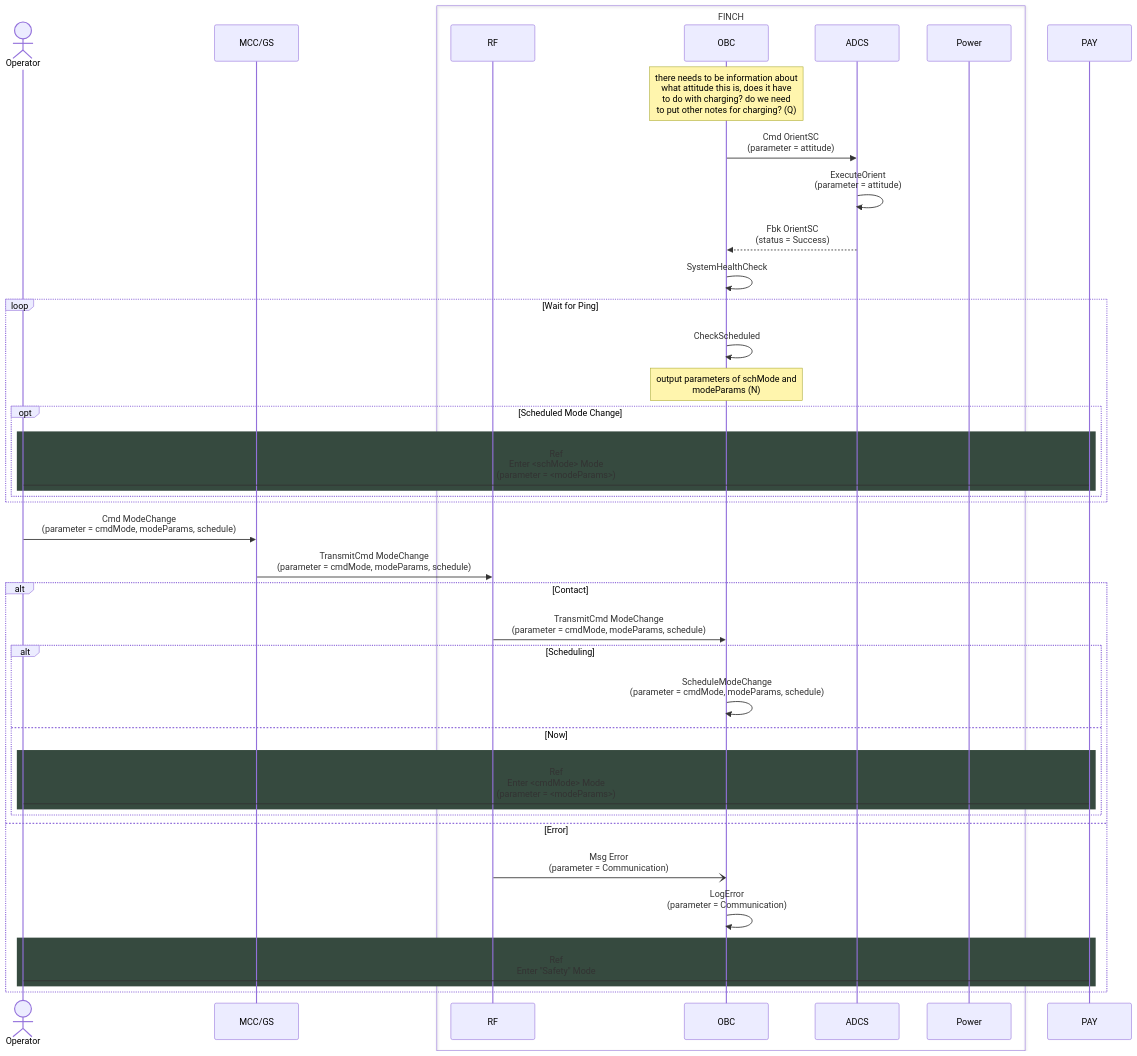
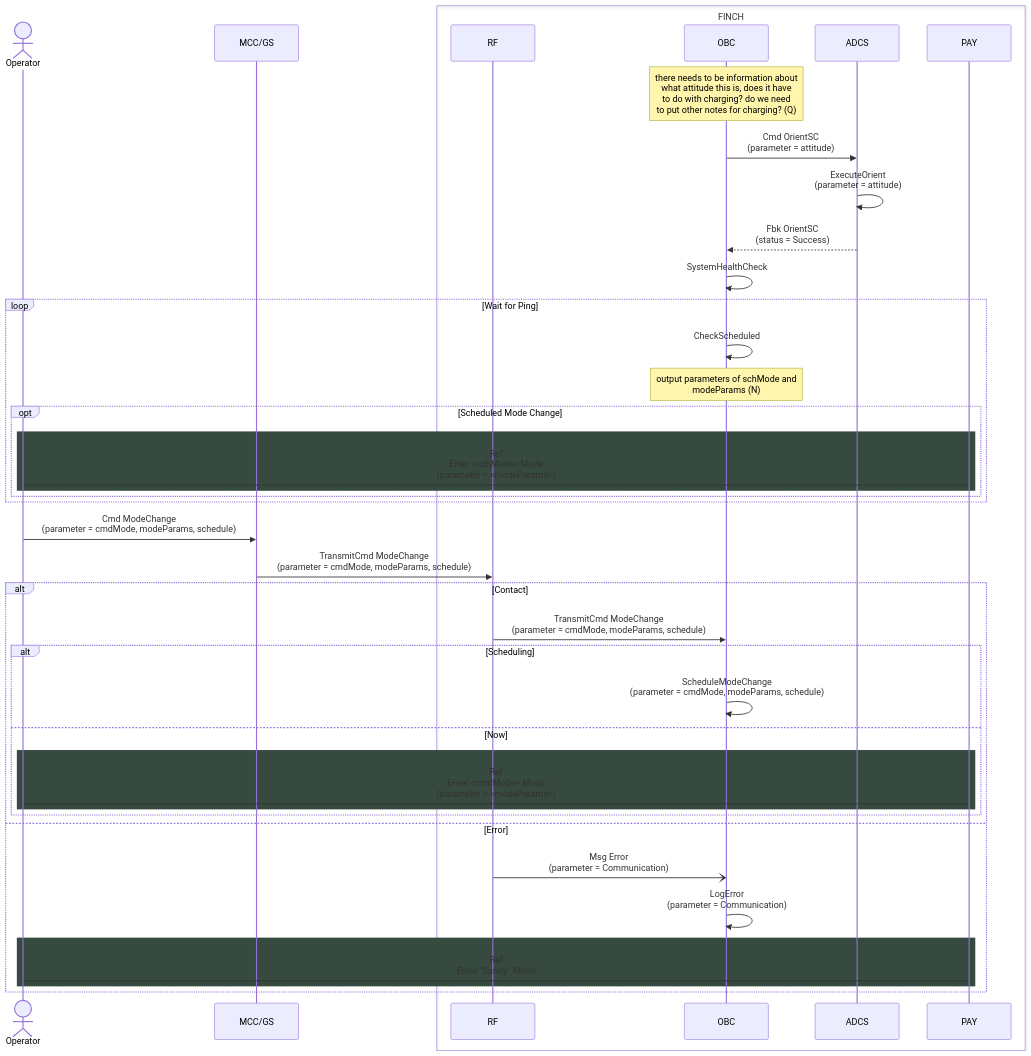
The diagram in command sequences/idle-command.md (Addy-lit/FINCH-system-architecture), drawn with Mermaid before and after one commit.

````diff
--- a/command sequences/idle-command.md
+++ b/command sequences/idle-command.md
@@ -2,47 +2,47 @@
 ```mermaid
 sequenceDiagram
     actor Operator
     participant MCC/GS
     box FINCH
         participant RF
         participant OBC 
         participant ADCS
-        participant Power
+        participant PAY
     end
 
     note over OBC: there needs to be information about <br> what attitude this is, does it have <br> to do with charging? do we need <br> to put other notes for charging? (Q)
     OBC ->> ADCS: Cmd OrientSC <br> (parameter = attitude)
     ADCS ->> ADCS: ExecuteOrient <br> (parameter = attitude)
     ADCS -->> OBC: Fbk OrientSC <br> (status = Success)
     OBC ->> OBC: SystemHealthCheck
 
     loop Wait for Ping
         OBC ->> OBC: CheckScheduled
         note over OBC: output parameters of schMode and <br> modeParams (N)
         opt Scheduled Mode Change
             rect rgb(54,74,63)
               	Operator -> PAY: Ref <br/> Enter <schMode> Mode <br> (parameter = <modeParams>)
             end
         end
     end
 
     Operator ->> MCC/GS: Cmd ModeChange <br> (parameter = cmdMode, modeParams, schedule)
     MCC/GS ->> RF: TransmitCmd ModeChange <br> (parameter = cmdMode, modeParams, schedule)
     alt Contact
         RF ->> OBC: TransmitCmd ModeChange <br> (parameter = cmdMode, modeParams, schedule)
         alt Scheduling
             OBC ->> OBC: ScheduleModeChange <br> (parameter = cmdMode, modeParams, schedule)
         else Now
             rect rgb(54,74,63)
                 Operator -> PAY: Ref <br/> Enter <cmdMode> Mode <br> (parameter = <modeParams>)
             end
         end
     else Error
         RF -) OBC: Msg Error <br> (parameter = Communication)
         OBC ->> OBC: LogError <br> (parameter = Communication)
         rect rgb(54,74,63)
             Operator -> PAY: Ref <br/> Enter "Safety" Mode
         end
     end
 
 ```
````
